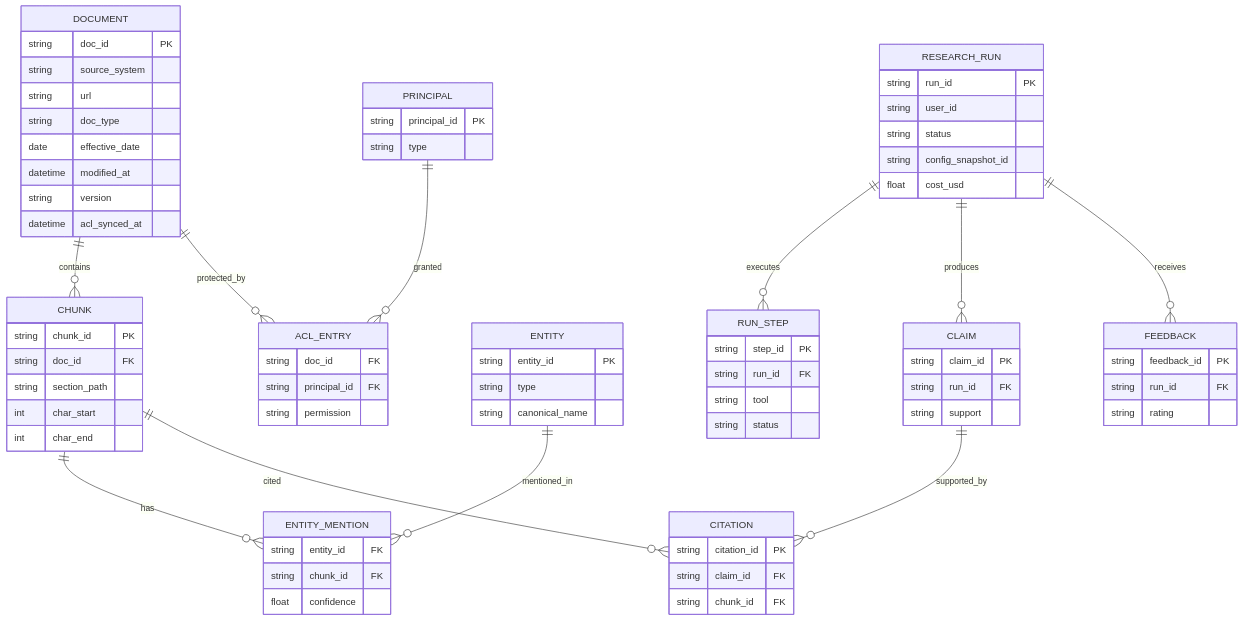
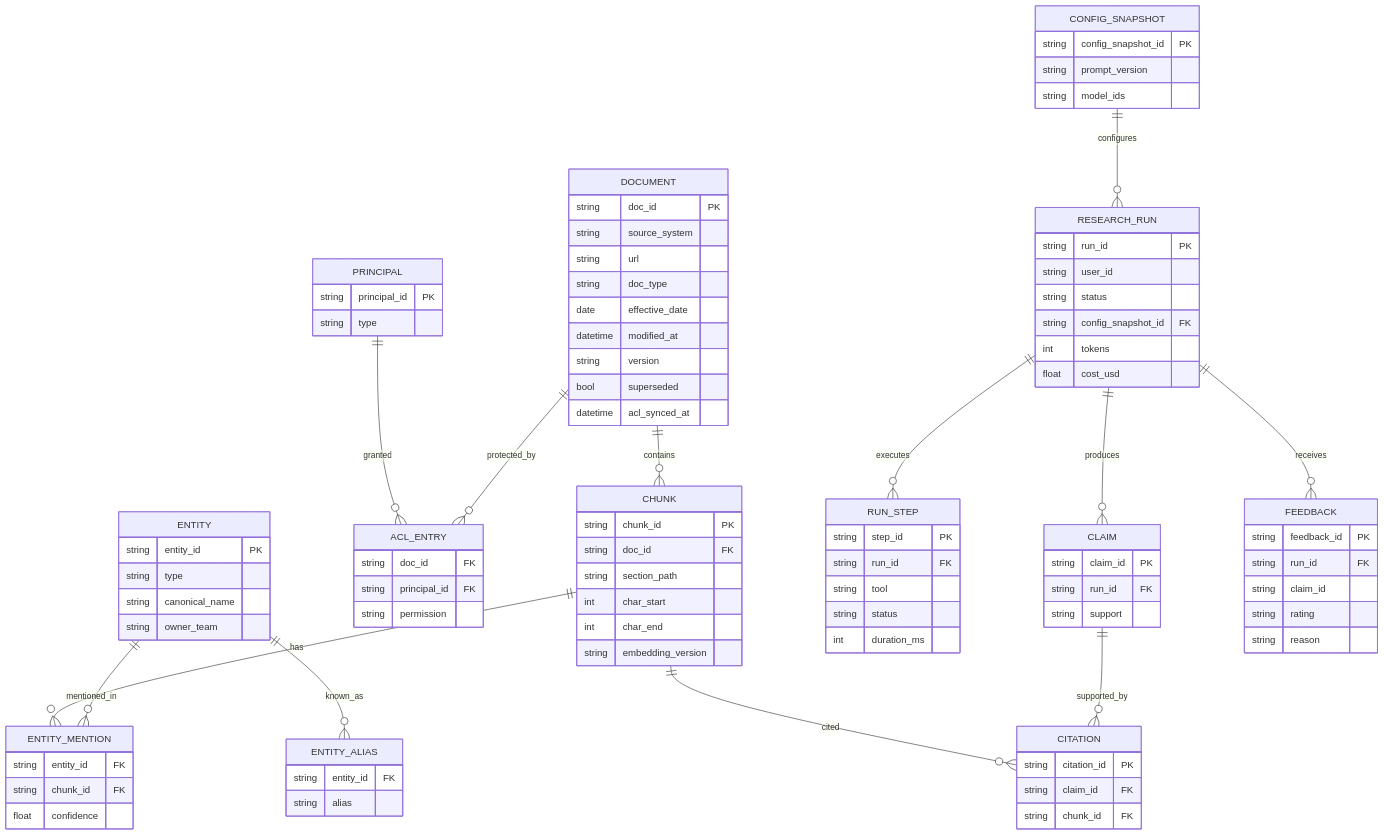
One commit to hemach-git/EKRA changed the eighth of 11 diagrams in docs/design.md. Above: the diagram before and after it, drawn with Mermaid. The commit also changed other lines of this file and 21 other files, not shown here.

````diff
--- a/docs/design.md
+++ b/docs/design.md
@@ -265,6 +655,7 @@
   DOCUMENT ||--o{ CHUNK : contains
   DOCUMENT ||--o{ ACL_ENTRY : protected_by
   PRINCIPAL ||--o{ ACL_ENTRY : granted
+  ENTITY ||--o{ ENTITY_ALIAS : known_as
   ENTITY ||--o{ ENTITY_MENTION : mentioned_in
   CHUNK ||--o{ ENTITY_MENTION : has
   RESEARCH_RUN ||--o{ RUN_STEP : executes
@@ -272,6 +663,7 @@
   CLAIM ||--o{ CITATION : supported_by
   CHUNK ||--o{ CITATION : cited
   RESEARCH_RUN ||--o{ FEEDBACK : receives
+  CONFIG_SNAPSHOT ||--o{ RESEARCH_RUN : configures
   DOCUMENT {
     string doc_id PK
     string source_system
@@ -280,6 +672,7 @@
     date effective_date
     datetime modified_at
     string version
+    bool superseded
     datetime acl_synced_at
   }
   CHUNK {
@@ -288,6 +681,7 @@
     string section_path
     int char_start
     int char_end
+    string embedding_version
   }
   ACL_ENTRY {
     string doc_id FK
@@ -302,6 +696,11 @@
     string entity_id PK
     string type
     string canonical_name
+    string owner_team
+  }
+  ENTITY_ALIAS {
+    string entity_id FK
+    string alias
   }
   ENTITY_MENTION {
     string entity_id FK
@@ -312,7 +711,8 @@
     string run_id PK
     string user_id
     string status
-    string config_snapshot_id
+    string config_snapshot_id FK
+    int tokens
     float cost_usd
   }
   RUN_STEP {
@@ -320,6 +720,7 @@
     string run_id FK
     string tool
     string status
+    int duration_ms
   }
   CLAIM {
     string claim_id PK
@@ -334,6 +735,13 @@
   FEEDBACK {
     string feedback_id PK
     string run_id FK
+    string claim_id
     string rating
+    string reason
+  }
+  CONFIG_SNAPSHOT {
+    string config_snapshot_id PK
+    string prompt_version
+    string model_ids
   }
 ```
````
